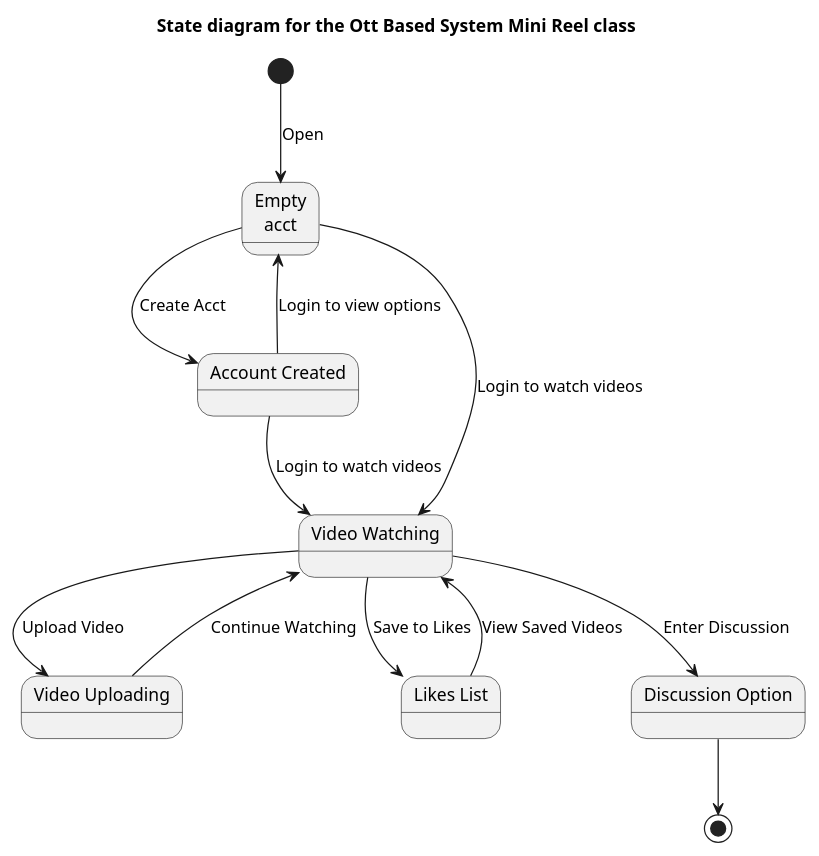
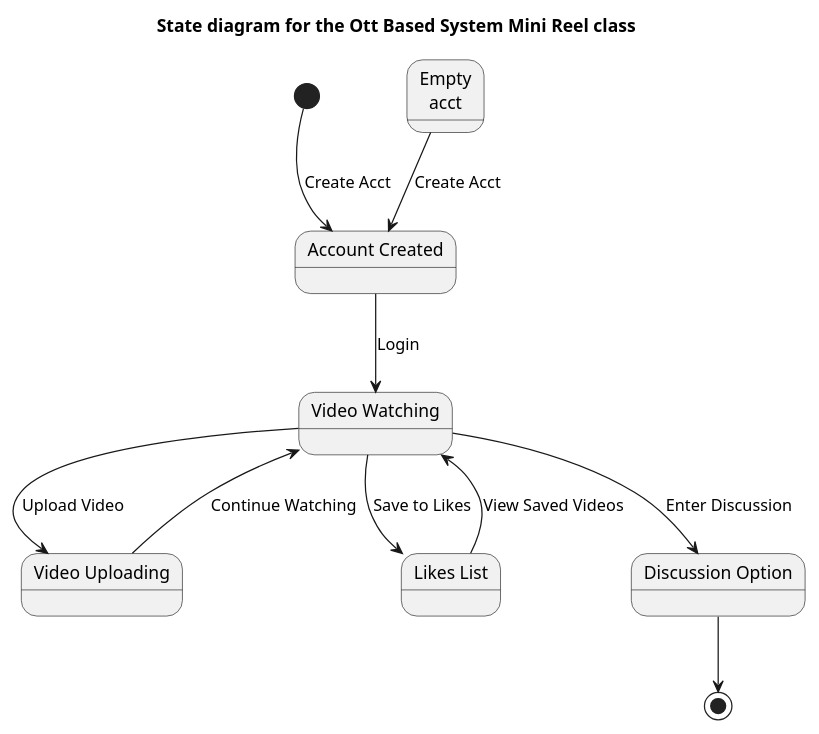
Before and after one commit to maimunafaria/State_transition_Diagram_generated_by_LLM: the diagram in results/plantuml_pipeline_run3/runs/open_source__llama31_8b_instruct__few_shot_validation_generator_critic_repair/case_28_ott_based_system_mini_reel/run_01.repair_02.puml, drawn with PlantUML. The commit also changed 814 other files, not shown here.

```diff
--- a/results/plantuml_pipeline_run3/runs/open_source__llama31_8b_instruct__few_shot_validation_generator_critic_repair/case_28_ott_based_system_mini_reel/run_01.repair_02.puml
+++ b/results/plantuml_pipeline_run3/runs/open_source__llama31_8b_instruct__few_shot_validation_generator_critic_repair/case_28_ott_based_system_mini_reel/run_01.repair_02.puml
@@ -1,25 +1,23 @@
 @startuml
 title State diagram for the Ott Based System Mini Reel class
 
-[*] --> EmptyAcct : Open
+[*] --> AccountCreated : Create Acct
 
 state "Empty\nacct" as EmptyAcct
 state "Account Created" as AccountCreated
 state "Video Watching" as VideoWatching
 state "Video Uploading" as VideoUploading
 state "Likes List" as LikesList
 state "Discussion Option" as DiscussionOption
 
-EmptyAcct --> AccountCreated : Create Acct
-AccountCreated --> EmptyAcct : Login to view options
-EmptyAcct --> VideoWatching : Login to watch videos
+AccountCreated --> VideoWatching : Login
 VideoWatching --> VideoUploading : Upload Video
 VideoUploading --> VideoWatching : Continue Watching
 VideoWatching --> LikesList : Save to Likes
 LikesList --> VideoWatching : View Saved Videos
 VideoWatching --> DiscussionOption : Enter Discussion
 
-AccountCreated --> VideoWatching : Login to watch videos
+EmptyAcct --> AccountCreated : Create Acct
 DiscussionOption --> [*]
 
 @enduml
```
